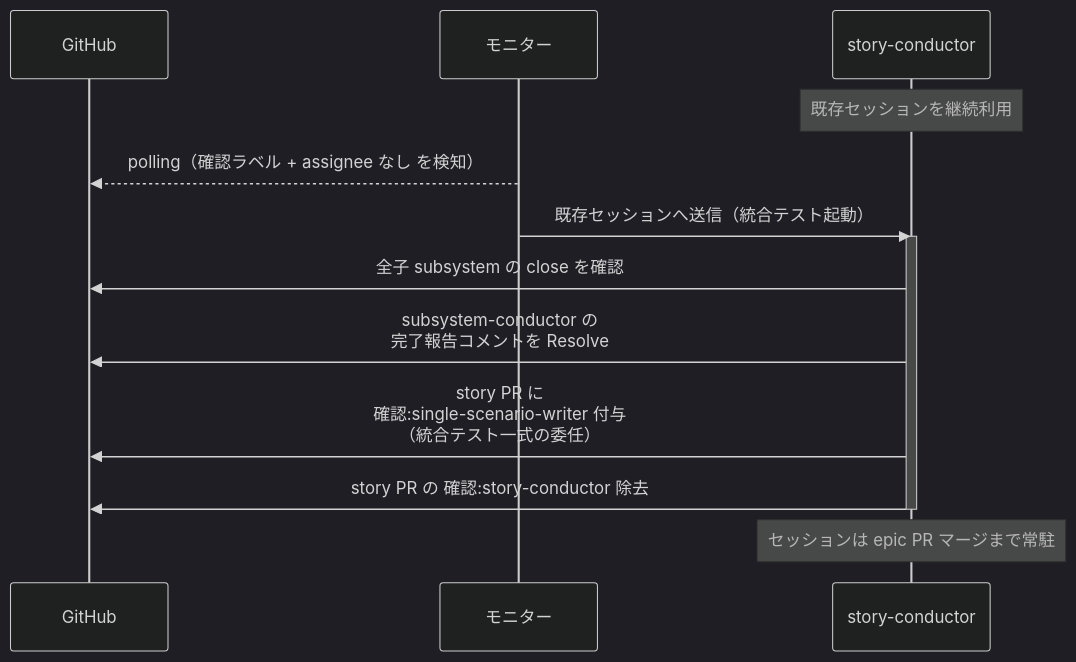
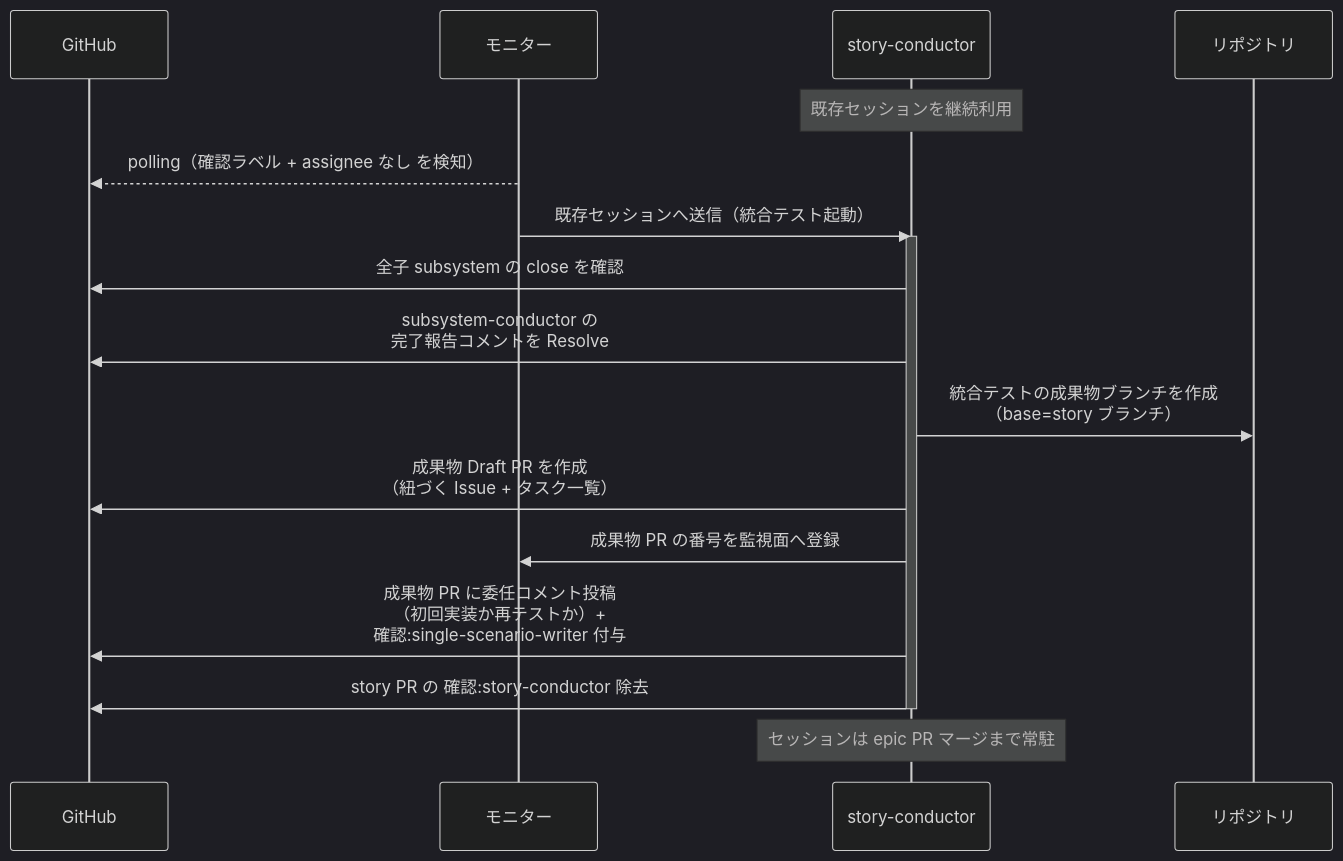
Before and after one commit to shuhei1101/ai-monitor: the first of 4 diagrams in docs/wiki/設計図/シナリオ/単一ユースケース/統合テスト起動.md, drawn with Mermaid (dark theme). The commit also changed other lines of this file and 103 other files, not shown here.

````diff
--- a/docs/wiki/設計図/シナリオ/単一ユースケース/統合テスト起動.md
+++ b/docs/wiki/設計図/シナリオ/単一ユースケース/統合テスト起動.md
@@ -35,17 +36,21 @@
 ```mermaid
 sequenceDiagram
   participant GH as GitHub
   participant ORC as モニター
   participant MON as story-conductor
+  participant REPO as リポジトリ
 
   Note over MON: 既存セッションを継続利用
   ORC-->>GH: polling（確認ラベル + assignee なし を検知）
   ORC->>MON: 既存セッションへ送信（統合テスト起動）
   activate MON
   MON->>GH: 全子 subsystem の close を確認
   MON->>GH: subsystem-conductor の<br>完了報告コメントを Resolve
-  MON->>GH: story PR に<br>確認:single-scenario-writer 付与<br>（統合テスト一式の委任）
+  MON->>REPO: 統合テストの成果物ブランチを作成<br>（base=story ブランチ）
+  MON->>GH: 成果物 Draft PR を作成<br>（紐づく Issue + タスク一覧）
+  MON->>ORC: 成果物 PR の番号を監視面へ登録
+  MON->>GH: 成果物 PR に委任コメント投稿<br>（初回実装か再テストか）+<br>確認:single-scenario-writer 付与
   MON->>GH: story PR の 確認:story-conductor 除去
   deactivate MON
   Note over MON: セッションは epic PR マージまで常駐
 ```
````
